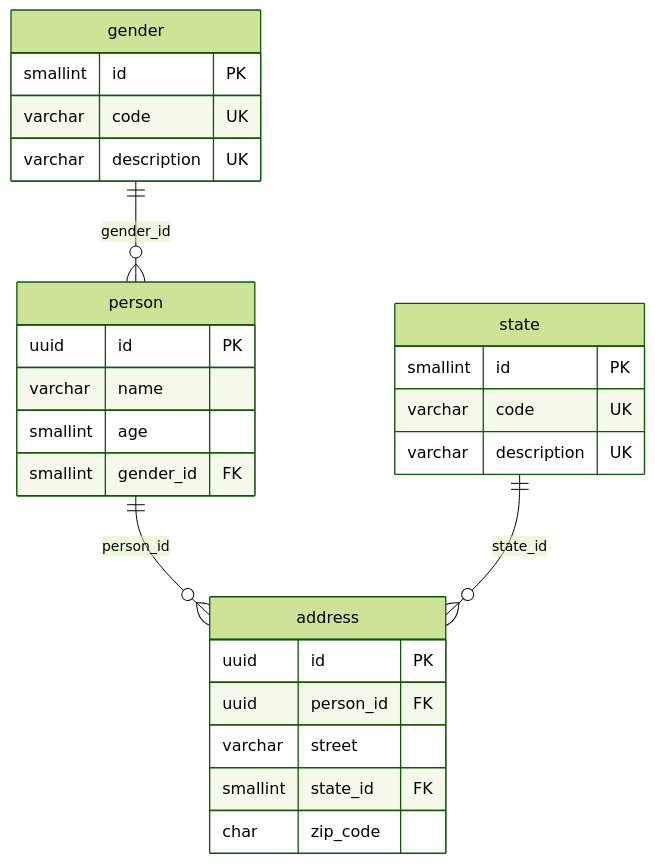
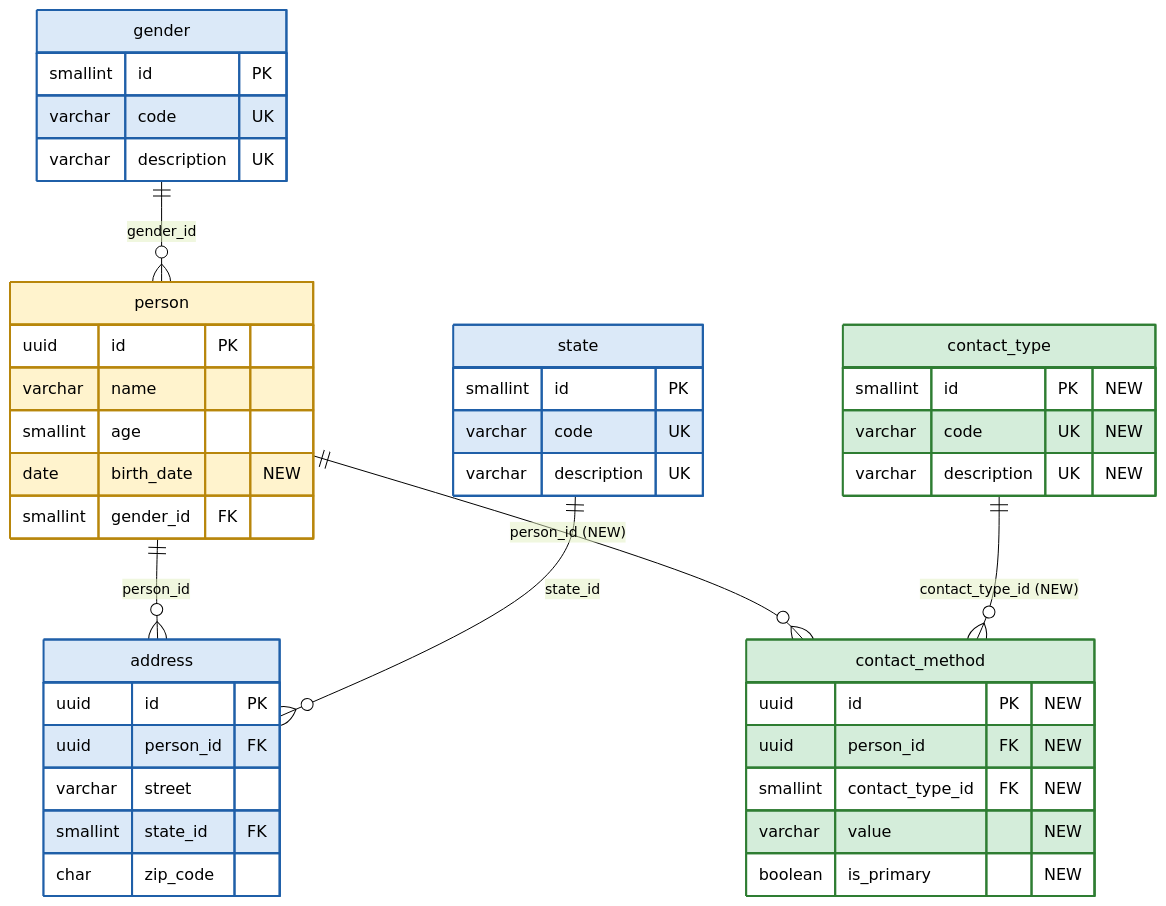
Before and after one commit to b0gg4rd/liquibase-reference: the first of 2 diagrams in README.md, drawn with Mermaid (forest theme). The commit also changed other lines of this file and 14 other files, not shown here.

````diff
--- a/README.md
+++ b/README.md
@@ -5,30 +11,52 @@
 ```mermaid
 erDiagram
-  gender  ||--o{ person  : "gender_id"
-  person  ||--o{ address : "person_id"
-  state   ||--o{ address : "state_id"
+  gender       ||--o{ person         : "gender_id"
+  person       ||--o{ address        : "person_id"
+  state        ||--o{ address        : "state_id"
+  person       ||--o{ contact_method : "person_id (NEW)"
+  contact_type ||--o{ contact_method : "contact_type_id (NEW)"
 
   gender {
     smallint id PK
     varchar code UK
     varchar description UK
   }
   state {
     smallint id PK
     varchar code UK
     varchar description UK
   }
   person {
     uuid id PK
     varchar name
     smallint age
+    date birth_date "NEW"
     smallint gender_id FK
   }
   address {
     uuid id PK
     uuid person_id FK
     varchar street
     smallint state_id FK
     char zip_code
   }
+  contact_type {
+    smallint id PK "NEW"
+    varchar code UK "NEW"
+    varchar description UK "NEW"
+  }
+  contact_method {
+    uuid id PK "NEW"
+    uuid person_id FK "NEW"
+    smallint contact_type_id FK "NEW"
+    varchar value "NEW"
+    boolean is_primary "NEW"
+  }
+
+  classDef baseline fill:#dbe9f8,stroke:#1f5fa8,stroke-width:2px,color:#000
+  classDef changed fill:#fff3cd,stroke:#b8860b,stroke-width:2px,color:#000
+  classDef new fill:#d4edda,stroke:#2e7d32,stroke-width:2px,color:#000
+  class gender,state,address baseline
+  class person changed
+  class contact_type,contact_method new
 ```
````
